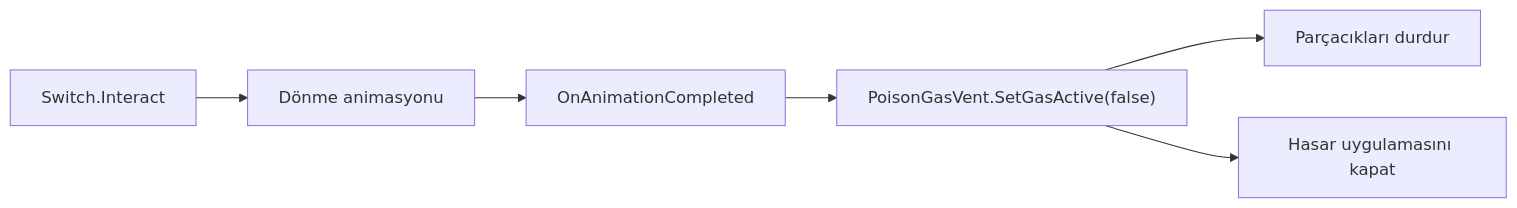
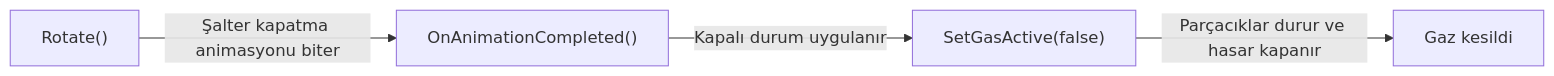
One commit to omerkocman/YazLab-1 changed the diagram in docs/oyun-akisi.md. Above: the diagram before and after it, drawn with Mermaid. The commit also changed 13 other files, not shown here.

Commit message:
Clarify robot diagrams and local model test results

````diff
--- a/docs/oyun-akisi.md
+++ b/docs/oyun-akisi.md
@@ -13,8 +13,6 @@
 ```mermaid
 flowchart LR
-    A["Switch.Interact"] --> B["Dönme animasyonu"]
-    B --> C["OnAnimationCompleted"]
-    C --> D["PoisonGasVent.SetGasActive(false)"]
-    D --> E["Parçacıkları durdur"]
-    D --> F["Hasar uygulamasını kapat"]
+    A["Rotate()"] -->|"Şalter kapatma animasyonu biter"| B["OnAnimationCompleted()"]
+    B -->|"Kapalı durum uygulanır"| D["SetGasActive(false)"]
+    D -->|"Parçacıklar durur ve hasar kapanır"| E["Gaz kesildi"]
 ```
````
